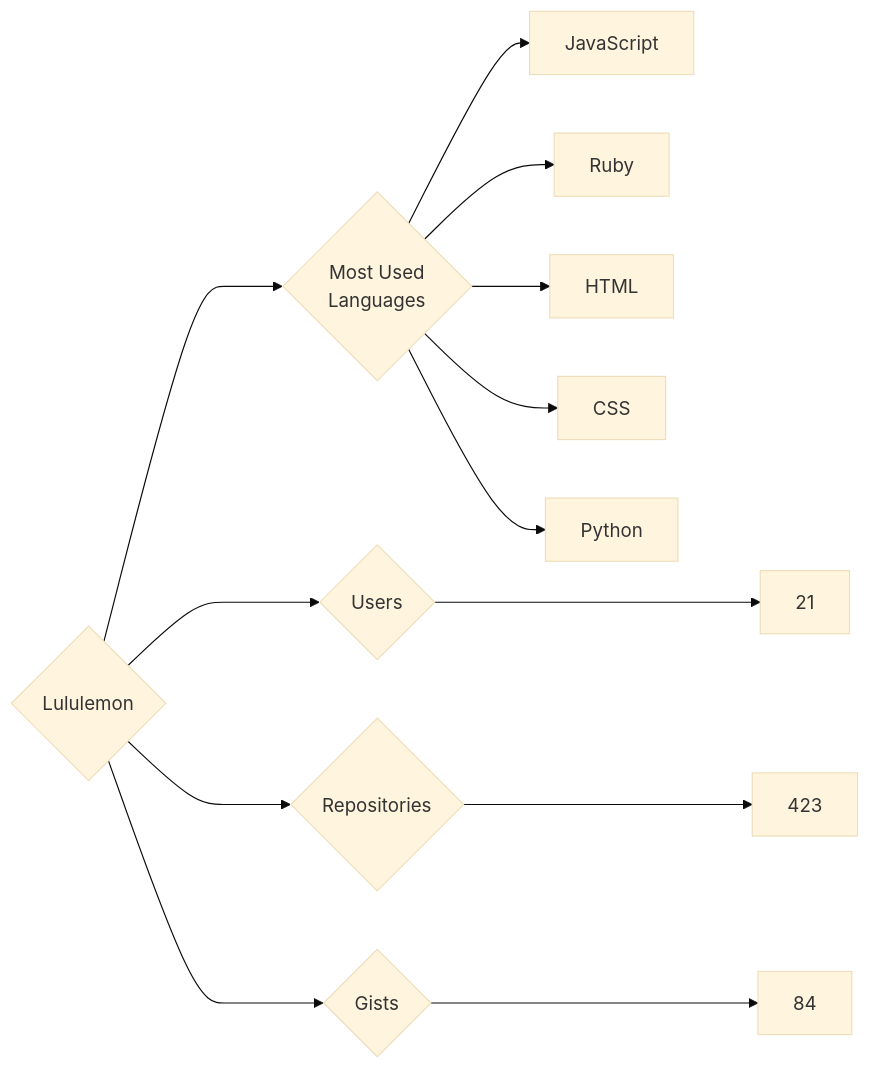
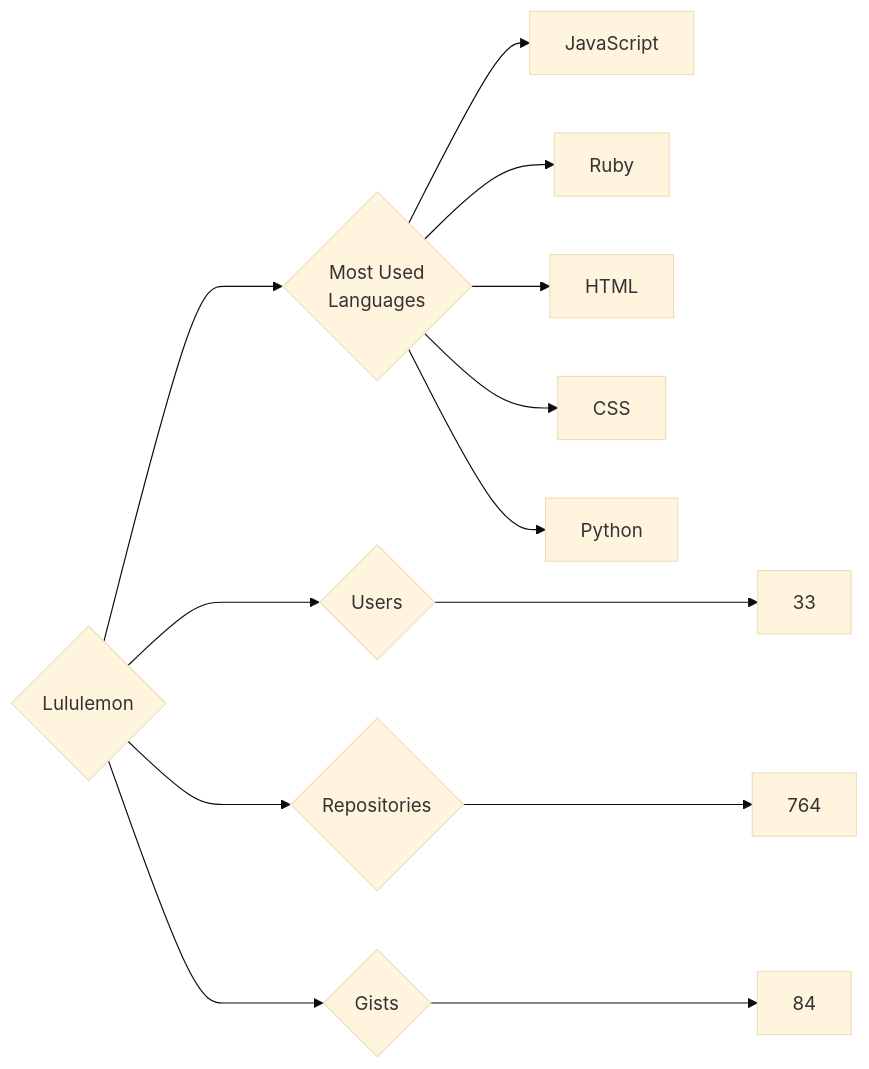
One commit to trickest/insiders changed the diagram in targets/Lululemon/README.md. Above: the diagram before and after it, drawn with Mermaid (base theme). The commit also changed 699 other files, not shown here.

````diff
--- a/targets/Lululemon/README.md
+++ b/targets/Lululemon/README.md
@@ -3,13 +3,13 @@
 ```mermaid
 graph LR
 COMPANY_NAME{Lululemon}
-COMPANY_NAME ---> U{Users} ---> UN[21]
-COMPANY_NAME ---> R{Repositories} ---> RN[423]
+COMPANY_NAME ---> U{Users} ---> UN[33]
+COMPANY_NAME ---> R{Repositories} ---> RN[764]
 COMPANY_NAME ---> G{Gists} ---> GN[84]
 COMPANY_NAME ---> ML{Most Used<br>Languages}
 ML --> JavaScript[JavaScript]
 ML --> Ruby[Ruby]
 ML --> HTML[HTML]
 ML --> CSS[CSS]
 ML --> Python[Python]
 ```
````
